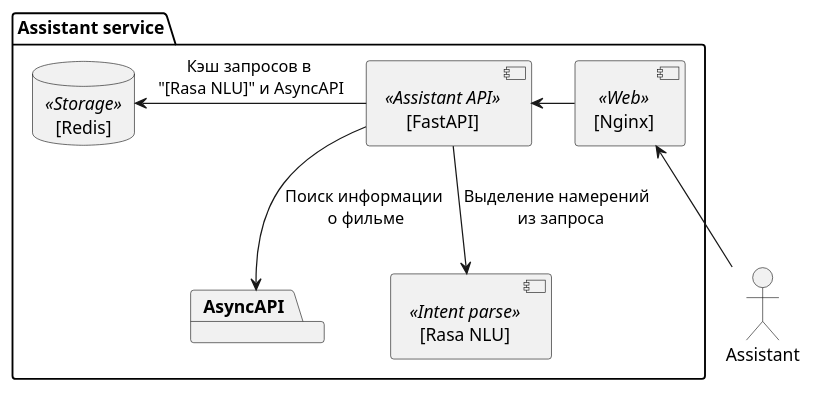
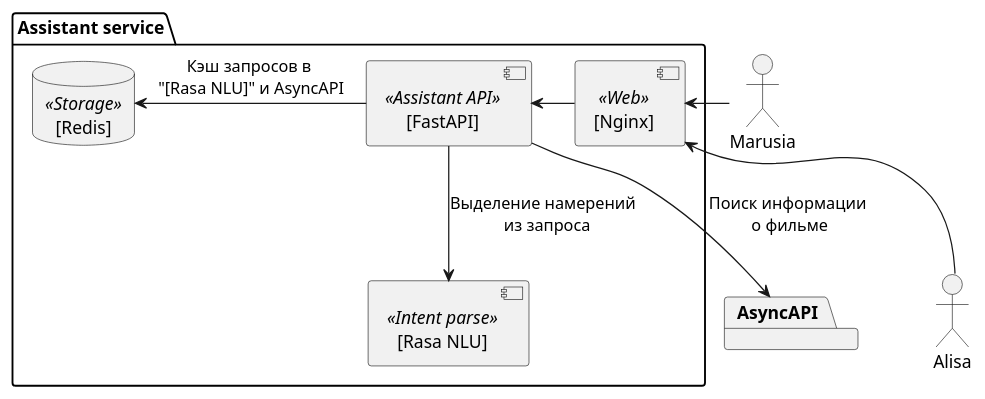
Before and after one commit to georotor/graduate_work: the diagram in docs/schema.puml, drawn with PlantUML. The commit also changed 6 other files, not shown here.

```diff
--- a/docs/schema.puml
+++ b/docs/schema.puml
@@ -1,24 +1,26 @@
 @startuml
 skinparam componentStyle uml2
 
-actor Assistant as Assistant
+actor Alisa as Alisa
+actor Marusia as Marusia
 
 package "Assistant service" as Assist {
     component "[Nginx]" as Nginx <<Web>>
     component "[FastAPI]" as AssistApi <<Assistant API>>
 
     component "[Rasa NLU]" as NLUApi <<Intent parse>>
     database "[Redis]" as Redis <<Storage>>
 
-    package AsyncAPI {
-    }
-
     Nginx -> AssistApi
     AssistApi --> NLUApi : Выделение намерений \n из запроса
     Redis <- AssistApi : Кэш запросов в \n"[Rasa NLU]" и AsyncAPI
 }
 
+package AsyncAPI {
+}
+
 AssistApi --> AsyncAPI : Поиск информации \nо фильме
-Nginx <-- Assistant
+Nginx <-- Alisa
+Nginx <- Marusia
 
 @enduml
```
